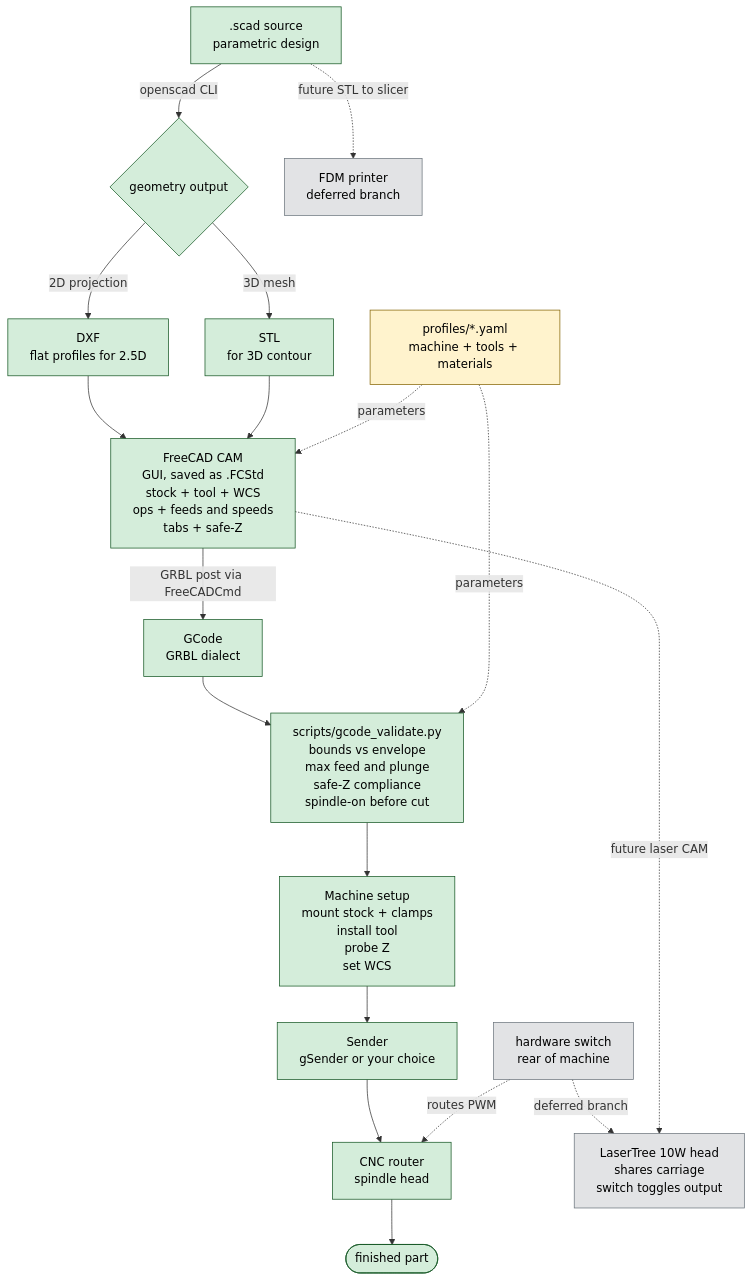
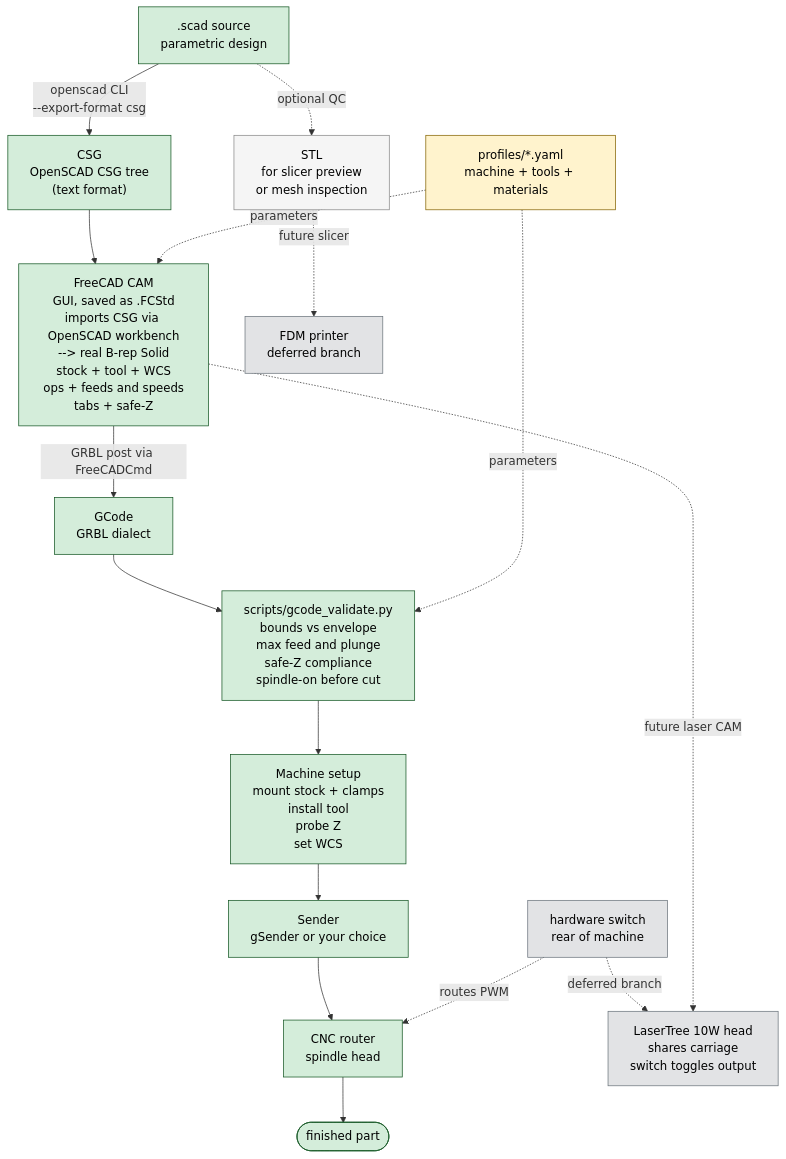
One commit to alexpaulzor/cnc_vibes changed the first of 2 diagrams in cnc_vibes/cnc_for_the_scad.md. Above: the diagram before and after it, drawn with Mermaid. The commit also changed other lines of this file and 3 other files, not shown here.

````diff
--- a/cnc_vibes/cnc_for_the_scad.md
+++ b/cnc_vibes/cnc_for_the_scad.md
@@ -73,39 +73,39 @@
 ```mermaid
 flowchart TD
     SCAD[".scad source<br/>parametric design"]
-    SCAD -->|"openscad CLI"| GEOM{"geometry output"}
-    GEOM -->|"2D projection"| DXF["DXF<br/>flat profiles for 2.5D"]
-    GEOM -->|"3D mesh"| STL["STL<br/>for 3D contour"]
+    SCAD -->|"openscad CLI<br/>--export-format csg"| CSG["CSG<br/>OpenSCAD CSG tree<br/>(text format)"]
+    SCAD -.optional QC.-> STL["STL<br/>for slicer preview<br/>or mesh inspection"]
 
-    DXF --> CAM["FreeCAD CAM<br/>GUI, saved as .FCStd<br/>stock + tool + WCS<br/>ops + feeds and speeds<br/>tabs + safe-Z"]
-    STL --> CAM
+    CSG --> CAM["FreeCAD CAM<br/>GUI, saved as .FCStd<br/>imports CSG via OpenSCAD workbench<br/>--> real B-rep Solid<br/>stock + tool + WCS<br/>ops + feeds and speeds<br/>tabs + safe-Z"]
 
     PROFILE["profiles/*.yaml<br/>machine + tools + materials"]
     PROFILE -. parameters .-> CAM
 
     CAM -->|"GRBL post via FreeCADCmd"| GCODE["GCode<br/>GRBL dialect"]
     GCODE --> VALIDATE["scripts/gcode_validate.py<br/>bounds vs envelope<br/>max feed and plunge<br/>safe-Z compliance<br/>spindle-on before cut"]
     PROFILE -. parameters .-> VALIDATE
     VALIDATE --> SETUP["Machine setup<br/>mount stock + clamps<br/>install tool<br/>probe Z<br/>set WCS"]
     SETUP --> SENDER["Sender<br/>gSender or your choice"]
     SENDER --> SPINDLE["CNC router<br/>spindle head"]
     SPINDLE --> PART(["finished part"])
 
     SWITCH["hardware switch<br/>rear of machine"]
     SWITCH -. routes PWM .-> SPINDLE
 
     LASER["LaserTree 10W head<br/>shares carriage<br/>switch toggles output"]
     SWITCH -. deferred branch .-> LASER
 
     FDM["FDM printer<br/>deferred branch"]
 
     CAM -. future laser CAM .-> LASER
-    SCAD -. future STL to slicer .-> FDM
+    STL -. future slicer .-> FDM
 
     classDef live fill:#d4edda,stroke:#155724,color:#000
     classDef deferred fill:#e2e3e5,stroke:#6c757d,color:#000
     classDef config fill:#fff3cd,stroke:#856404,color:#000
-    class SCAD,GEOM,DXF,STL,CAM,GCODE,VALIDATE,SETUP,SENDER,SPINDLE,PART live
+    classDef optional fill:#f5f5f5,stroke:#888,color:#000
+    class SCAD,CSG,CAM,GCODE,VALIDATE,SETUP,SENDER,SPINDLE,PART live
     class LASER,FDM,SWITCH deferred
     class PROFILE config
+    class STL optional
 ```
````
